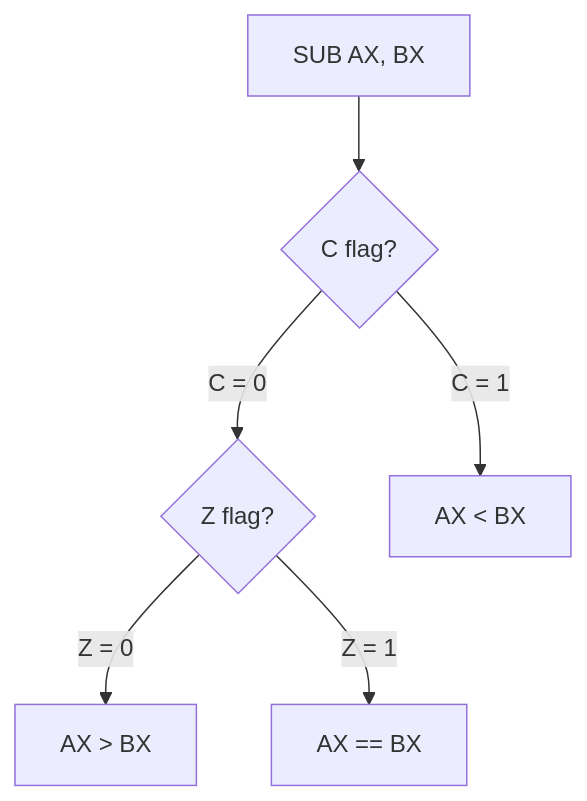
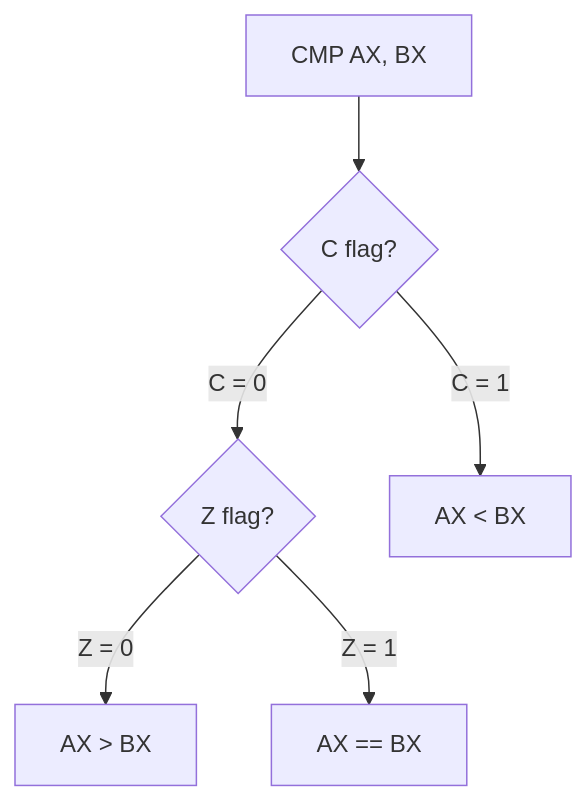
Before and after one commit to MinecAnton209/NovumOS-16bit: diagram 12 of 20 in docs/en/isa/flags-behavior.md, drawn with Mermaid. The commit also changed other lines of this file and 20 other files, not shown here.

````diff
--- a/docs/en/isa/flags-behavior.md
+++ b/docs/en/isa/flags-behavior.md
@@ -460,8 +476,8 @@
 ```mermaid
 flowchart TD
-    A["SUB AX, BX"] --> B{"C flag?"}
+    A["CMP AX, BX"] --> B{"C flag?"}
     B -- "C = 0" --> C{"Z flag?"}
     B -- "C = 1" --> D["AX < BX"]
     C -- "Z = 0" --> E["AX > BX"]
     C -- "Z = 1" --> F["AX == BX"]
 ```
````
